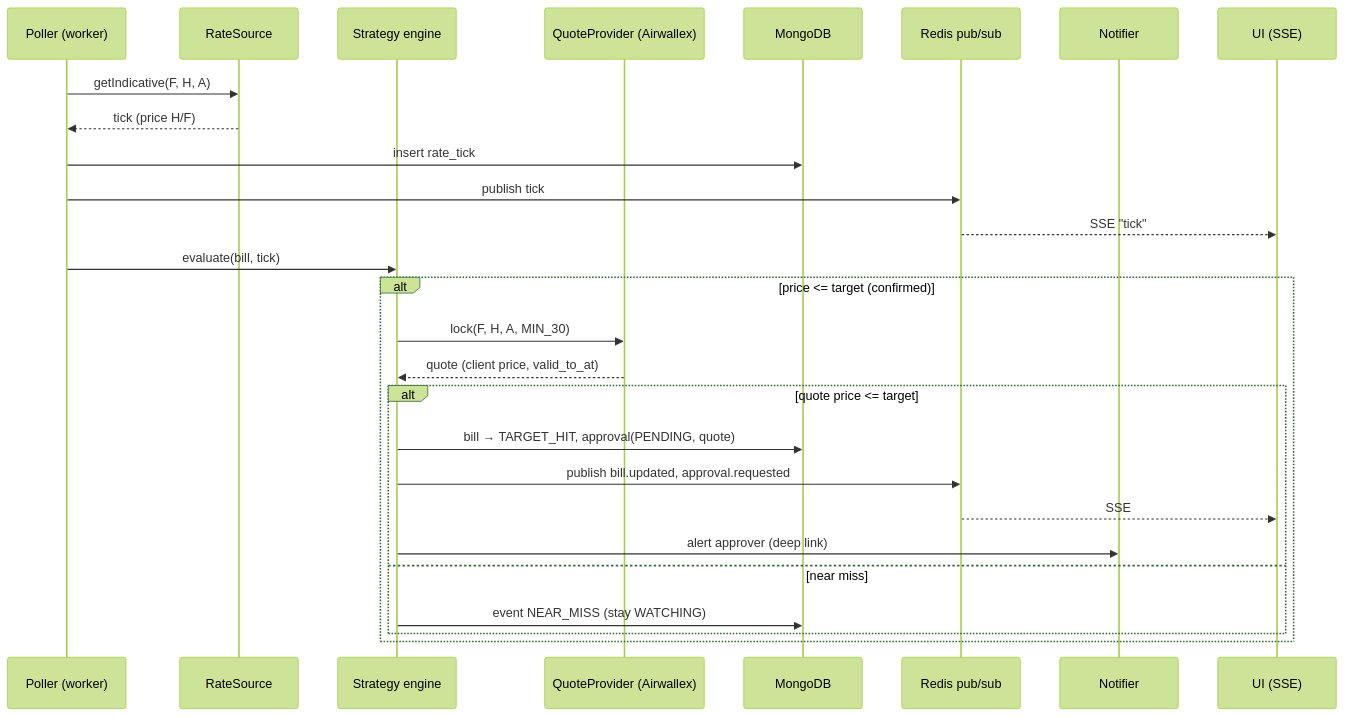
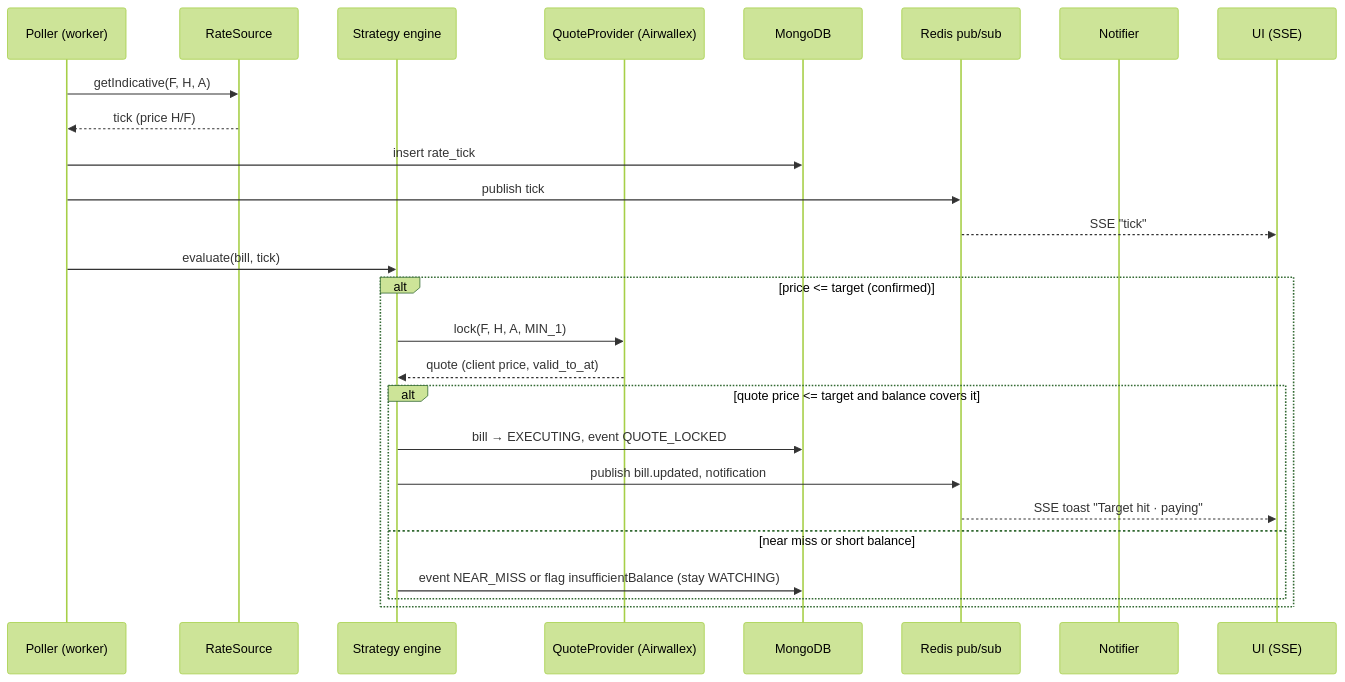
One commit to awx-devx/airwallex-fx-target-payment changed the second of 4 diagrams in docs/02-architecture.md. Above: the diagram before and after it, drawn with Mermaid (forest theme). The commit also changed other lines of this file and 79 other files, not shown here.

First line of the commit message:
feat(contracts)!: pay a submitted bill without an approval gate

````diff
--- a/docs/02-architecture.md
+++ b/docs/02-architecture.md
@@ -179,30 +178,29 @@
 ```mermaid
 sequenceDiagram
   participant P as Poller (worker)
   participant RS as RateSource
   participant SE as Strategy engine
   participant QP as QuoteProvider (Airwallex)
   participant DB as MongoDB
   participant R as Redis pub/sub
   participant N as Notifier
   participant UI as UI (SSE)
 
   P->>RS: getIndicative(F, H, A)
   RS-->>P: tick (price H/F)
   P->>DB: insert rate_tick
   P->>R: publish tick
   R-->>UI: SSE "tick"
   P->>SE: evaluate(bill, tick)
   alt price <= target (confirmed)
-    SE->>QP: lock(F, H, A, MIN_30)
+    SE->>QP: lock(F, H, A, MIN_1)
     QP-->>SE: quote (client price, valid_to_at)
-    alt quote price <= target
-      SE->>DB: bill → TARGET_HIT, approval(PENDING, quote)
-      SE->>R: publish bill.updated, approval.requested
-      R-->>UI: SSE
-      SE->>N: alert approver (deep link)
-    else near miss
-      SE->>DB: event NEAR_MISS (stay WATCHING)
+    alt quote price <= target and balance covers it
+      SE->>DB: bill → EXECUTING, event QUOTE_LOCKED
+      SE->>R: publish bill.updated, notification
+      R-->>UI: SSE toast "Target hit · paying"
+    else near miss or short balance
+      SE->>DB: event NEAR_MISS or flag insufficientBalance (stay WATCHING)
     end
   end
 ```
````
